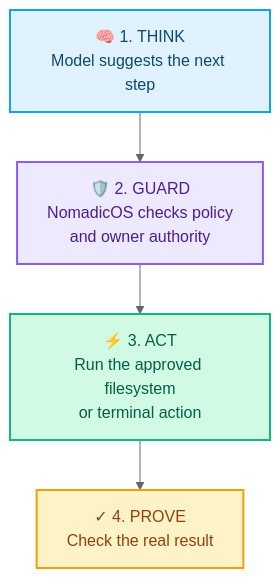
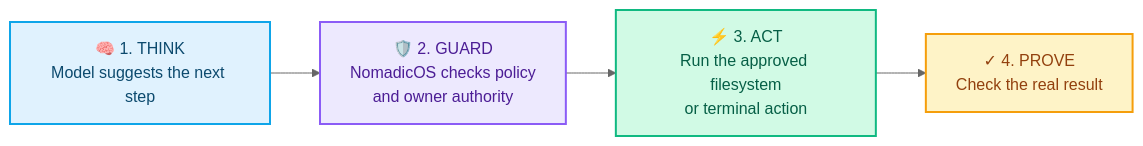
One commit to dhruv-motaval/NomadicOS changed the first of 2 diagrams in README.md. Above: the diagram before and after it, drawn with Mermaid (neutral theme).

Commit message:
docs: use horizontal idea diagram

````diff
--- a/README.md
+++ b/README.md
@@ -37,18 +37,18 @@
 ```mermaid
-flowchart TD
+flowchart LR
     think["🧠 1. THINK<br/>Model suggests the next step"]
     guard["🛡️ 2. GUARD<br/>NomadicOS checks policy<br/>and owner authority"]
     act["⚡ 3. ACT<br/>Run the approved filesystem<br/>or terminal action"]
     prove["✓ 4. PROVE<br/>Check the real result"]
 
     think --> guard --> act --> prove
 
     classDef think fill:#e0f2fe,color:#0c4a6e,stroke:#0ea5e9,stroke-width:2px
     classDef guard fill:#ede9fe,color:#4c1d95,stroke:#8b5cf6,stroke-width:2px
     classDef act fill:#d1fae5,color:#065f46,stroke:#10b981,stroke-width:2px
     classDef prove fill:#fef3c7,color:#92400e,stroke:#f59e0b,stroke-width:2px
     class think think
     class guard guard
     class act act
     class prove prove
 ```
````
